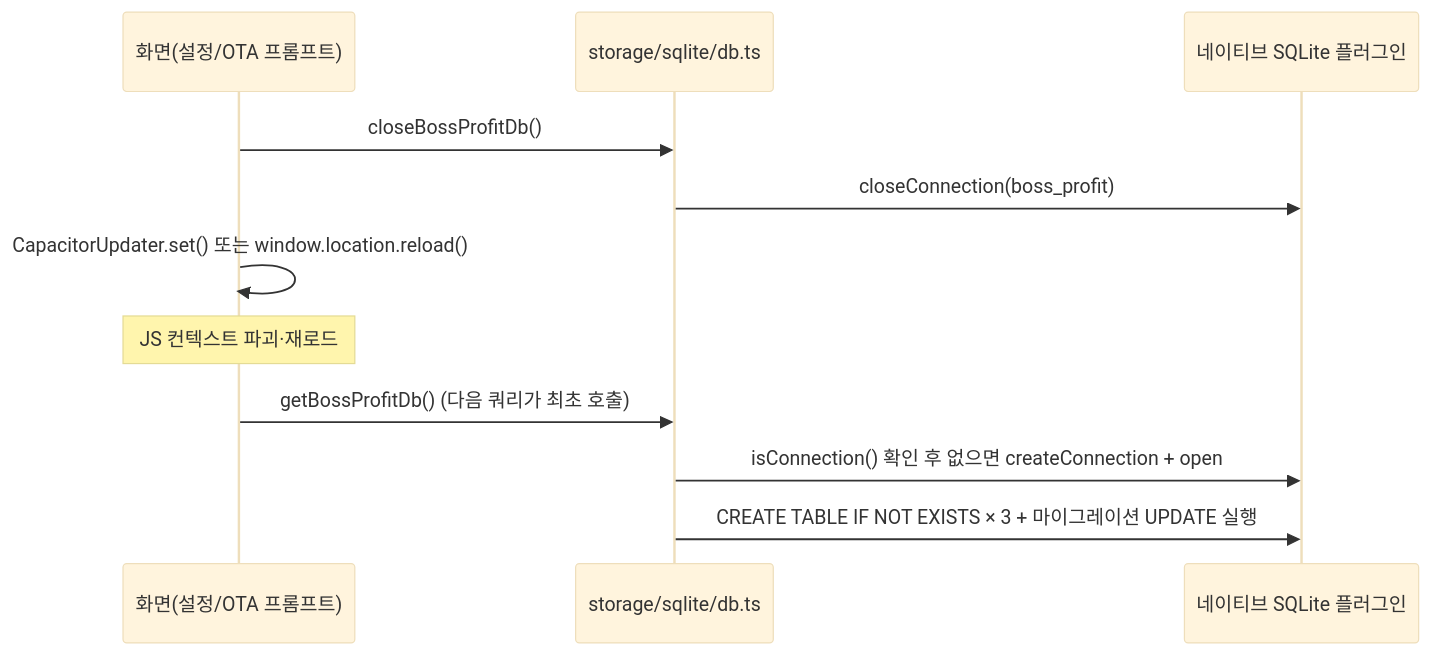
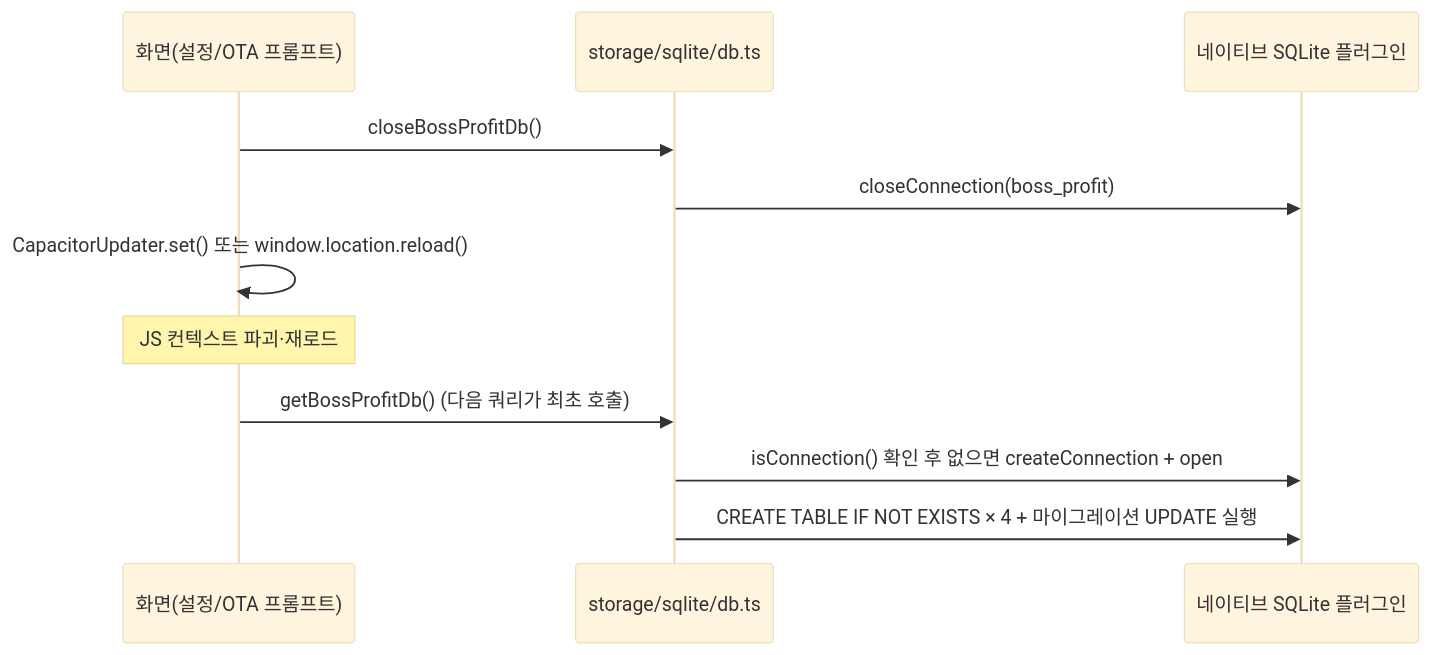
Before and after one commit to jini520/maple-routine: the second of 2 diagrams in docs/persistence/sqlite.md, drawn with Mermaid (base theme). The commit also changed other lines of this file and 7 other files, not shown here.

````diff
--- a/docs/persistence/sqlite.md
+++ b/docs/persistence/sqlite.md
@@ -61,14 +88,14 @@
 ```mermaid
 sequenceDiagram
     participant UI as 화면(설정/OTA 프롬프트)
     participant DB as storage/sqlite/db.ts
     participant Native as 네이티브 SQLite 플러그인
 
     UI->>DB: closeBossProfitDb()
     DB->>Native: closeConnection(boss_profit)
     UI->>UI: CapacitorUpdater.set() 또는 window.location.reload()
     Note over UI: JS 컨텍스트 파괴·재로드
     UI->>DB: getBossProfitDb() (다음 쿼리가 최초 호출)
     DB->>Native: isConnection() 확인 후 없으면 createConnection + open
-    DB->>Native: CREATE TABLE IF NOT EXISTS × 3 + 마이그레이션 UPDATE 실행
+    DB->>Native: CREATE TABLE IF NOT EXISTS × 4 + 마이그레이션 UPDATE 실행
 ```
````
